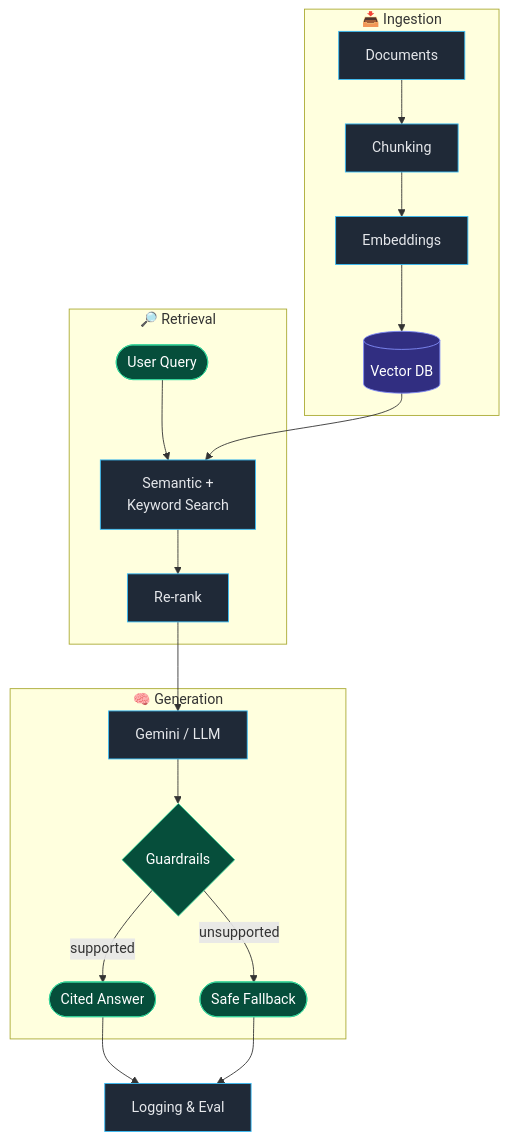
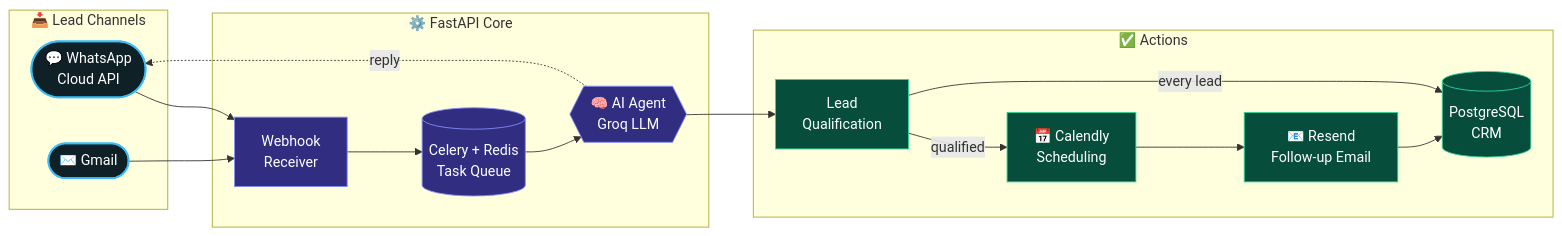
Before and after one commit to AqsaMalik6/AqsaMalik6: the second of 3 diagrams in README.md, drawn with Mermaid. The commit also changed other lines of this file, not shown here.

````diff
--- a/README.md
+++ b/README.md
@@ -203,31 +210,38 @@
 ```mermaid
-flowchart TB
-    subgraph ING[" 📥 Ingestion "]
-        D1[Documents] --> CH[Chunking]
-        CH --> EM[Embeddings]
-        EM --> VS[(Vector DB)]
+flowchart LR
+    subgraph IN[" 📥 Lead Channels "]
+        W([💬 WhatsApp<br/>Cloud API])
+        G([✉️ Gmail])
     end
 
-    subgraph RET[" 🔎 Retrieval "]
-        Q([User Query]) --> HY[Semantic +<br/>Keyword Search]
-        VS --> HY
-        HY --> RR[Re-rank]
+    subgraph CORE[" ⚙️ FastAPI Core "]
+        WH[Webhook<br/>Receiver]
+        Q[(Celery + Redis<br/>Task Queue)]
+        AG{{🧠 AI Agent<br/>Groq LLM}}
     end
 
-    subgraph GEN[" 🧠 Generation "]
-        RR --> LLM[Gemini / LLM]
-        LLM --> GR{Guardrails}
-        GR -->|supported| ANS([Cited Answer])
-        GR -->|unsupported| ABS([Safe Fallback])
+    subgraph ACT[" ✅ Actions "]
+        QL[Lead<br/>Qualification]
+        CRM[(PostgreSQL<br/>CRM)]
+        CAL[📅 Calendly<br/>Scheduling]
+        RS[📧 Resend<br/>Follow-up Email]
     end
 
-    ANS --> EV[Logging & Eval]
-    ABS --> EV
+    W --> WH
+    G --> WH
+    WH --> Q
+    Q --> AG
+    AG --> QL
+    QL -->|qualified| CAL
+    QL -->|every lead| CRM
+    CAL --> RS
+    RS --> CRM
+    AG -.->|reply| W
 
-    classDef box fill:#1f2937,stroke:#38BDF8,color:#e5e7eb
-    classDef store fill:#312e81,stroke:#818cf8,color:#ffffff
-    classDef out fill:#064e3b,stroke:#34d399,color:#ffffff
-    class D1,CH,EM,HY,RR,LLM,EV box
-    class VS store
-    class ANS,ABS,Q,GR out
+    classDef chan fill:#0F2027,stroke:#38BDF8,stroke-width:2px,color:#ffffff
+    classDef core fill:#312e81,stroke:#818cf8,stroke-width:1px,color:#ffffff
+    classDef act fill:#064e3b,stroke:#34d399,stroke-width:1px,color:#ffffff
+    class W,G chan
+    class WH,Q,AG core
+    class QL,CRM,CAL,RS act
 ```
````
